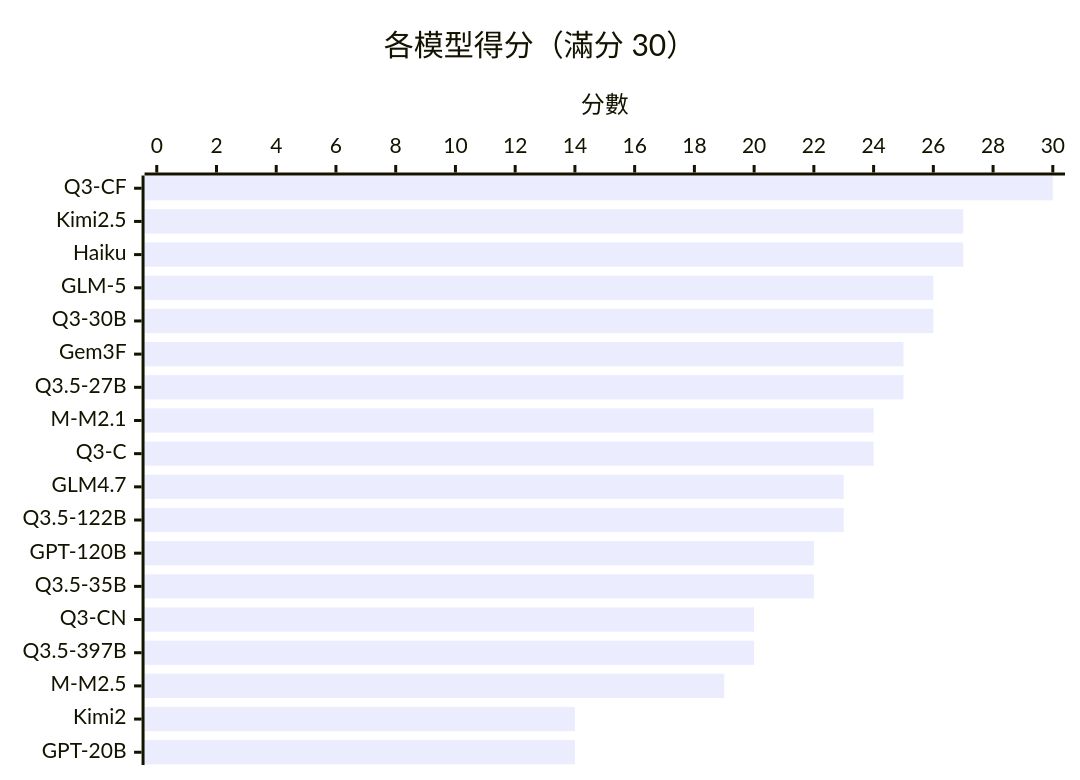
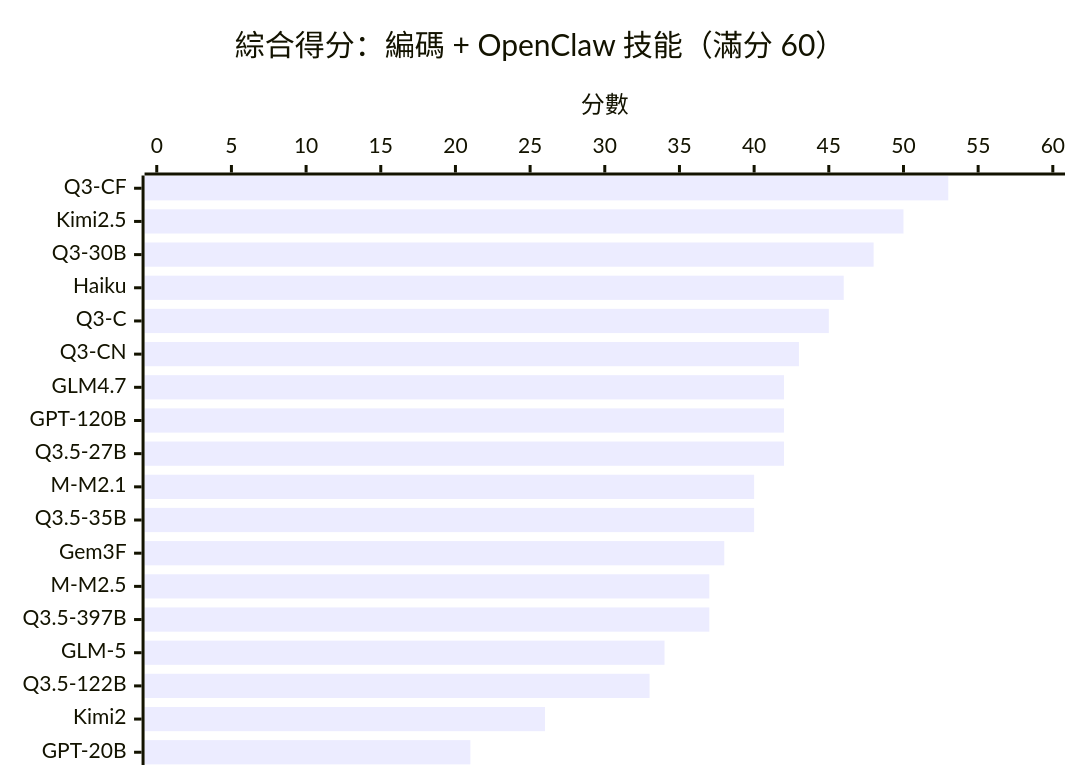
The first of 3 diagrams in README_zh.md (ywchiu/local_agentic_llm), drawn with Mermaid before and after one commit. The commit also changed other lines of this file and 1 other file, not shown here.

First line of the commit message:
docs: Group 2 benchmark results — 18 models on OpenClaw skills

````diff
--- a/README_zh.md
+++ b/README_zh.md
@@ -9,7 +11,7 @@
 ```mermaid
 xychart-beta horizontal
-    title "各模型得分（滿分 30）"
-    x-axis ["Q3-CF", "Kimi2.5", "Haiku", "GLM-5", "Q3-30B", "Gem3F", "Q3.5-27B", "M-M2.1", "Q3-C", "GLM4.7", "Q3.5-122B", "GPT-120B", "Q3.5-35B", "Q3-CN", "Q3.5-397B", "M-M2.5", "Kimi2", "GPT-20B"]
-    y-axis "分數" 0 --> 30
-    bar [30, 27, 27, 26, 26, 25, 25, 24, 24, 23, 23, 22, 22, 20, 20, 19, 14, 14]
+    title "綜合得分：編碼 + OpenClaw 技能（滿分 60）"
+    x-axis ["Q3-CF", "Kimi2.5", "Q3-30B", "Haiku", "Q3-C", "Q3-CN", "GLM4.7", "GPT-120B", "Q3.5-27B", "M-M2.1", "Q3.5-35B", "Gem3F", "M-M2.5", "Q3.5-397B", "GLM-5", "Q3.5-122B", "Kimi2", "GPT-20B"]
+    y-axis "分數" 0 --> 60
+    bar [53, 50, 48, 46, 45, 43, 42, 42, 42, 40, 40, 38, 37, 37, 34, 33, 26, 21]
 ```
````
